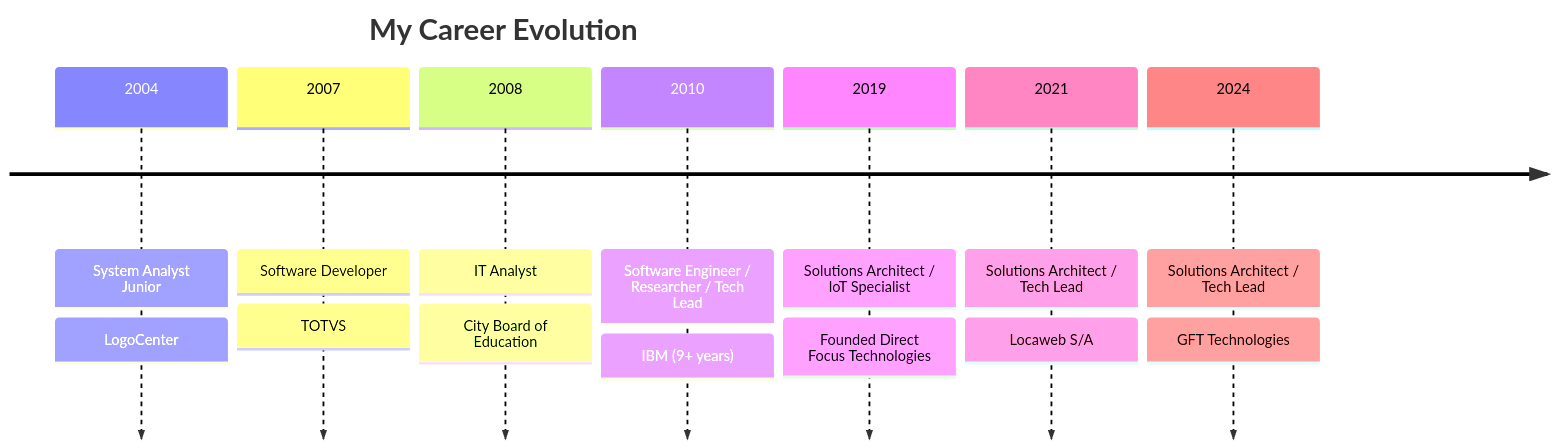
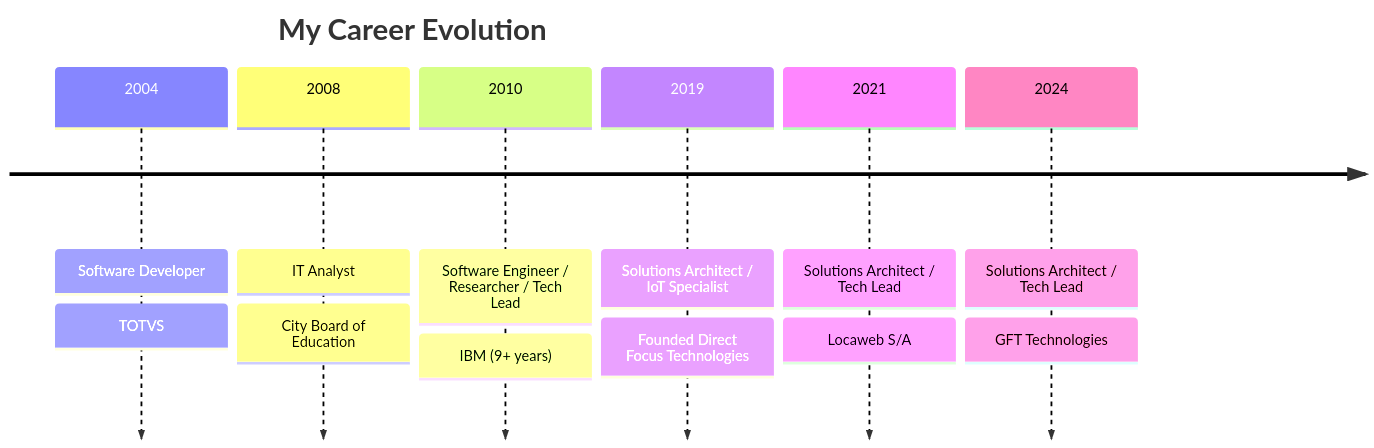
Before and after one commit to thetonbr/thetonbr: the diagram in README.md, drawn with Mermaid.

````diff
--- a/README.md
+++ b/README.md
@@ -17,18 +17,16 @@
 ```mermaid
 timeline
     title My Career Evolution
-    2004 : System Analyst Junior
-          : LogoCenter
-    2007 : Software Developer
+    2004 : Software Developer
           : TOTVS
     2008 : IT Analyst
           : City Board of Education
     2010 : Software Engineer / Researcher / Tech Lead
           : IBM (9+ years)
     2019 : Solutions Architect / IoT Specialist
           : Founded Direct Focus Technologies
     2021 : Solutions Architect / Tech Lead
           : Locaweb S/A
     2024 : Solutions Architect / Tech Lead 
           : GFT Technologies
 ```
````
